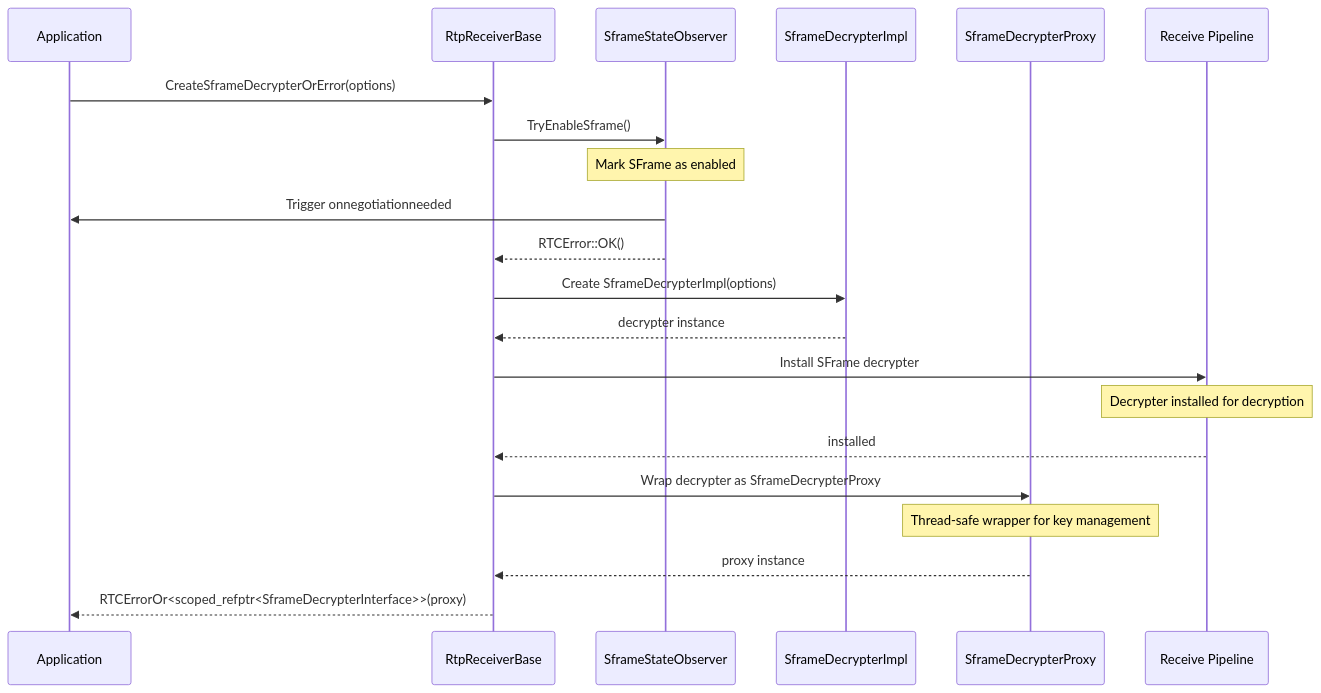
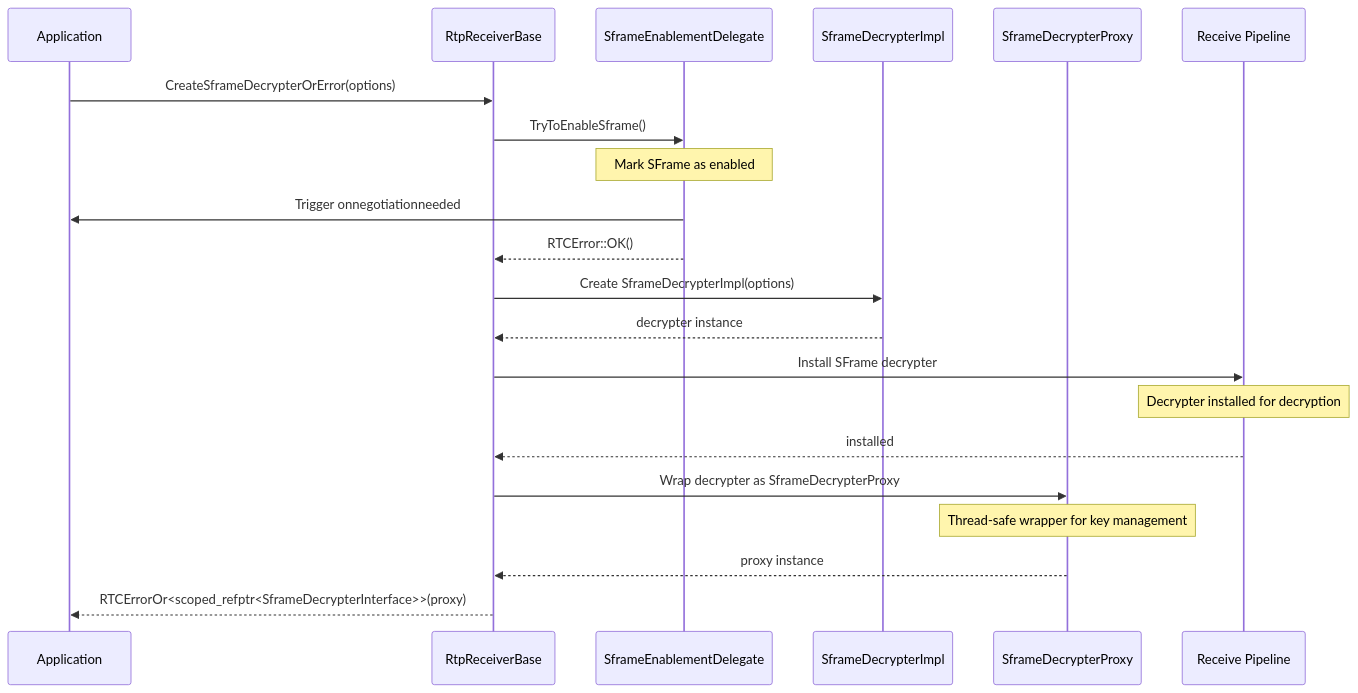
Before and after one commit to webex/webrtc-sframe: the ninth of 16 diagrams in README.md, drawn with Mermaid. The commit also changed other lines of this file and 1 other file, not shown here.

Commit message:
updated diagrams

````diff
--- a/README.md
+++ b/README.md
@@ -304,29 +306,29 @@
 ```mermaid
 sequenceDiagram
     participant App as Application
     participant Receiver as RtpReceiverBase
-    participant Observer as SframeStateObserver
+    participant Observer as SframeEnablementDelegate
     participant Decrypter as SframeDecrypterImpl
     participant Proxy as SframeDecrypterProxy
     participant Pipeline as Receive Pipeline
 
     App->>Receiver: CreateSframeDecrypterOrError(options)
 
-    Receiver->>Observer: TryEnableSframe()
+    Receiver->>Observer: TryToEnableSframe()
     Note over Observer: Mark SFrame as enabled
     Observer->>App: Trigger onnegotiationneeded
     Observer-->>Receiver: RTCError::OK()
 
     Receiver->>Decrypter: Create SframeDecrypterImpl(options)
     Decrypter-->>Receiver: decrypter instance
 
     Receiver->>Pipeline: Install SFrame decrypter
     Note over Pipeline: Decrypter installed for decryption
     Pipeline-->>Receiver: installed
 
     Receiver->>Proxy: Wrap decrypter as SframeDecrypterProxy
     Note over Proxy: Thread-safe wrapper for key management
     Proxy-->>Receiver: proxy instance
 
     Receiver-->>App: RTCErrorOr<scoped_refptr<SframeDecrypterInterface>>(proxy)
 ```
````
